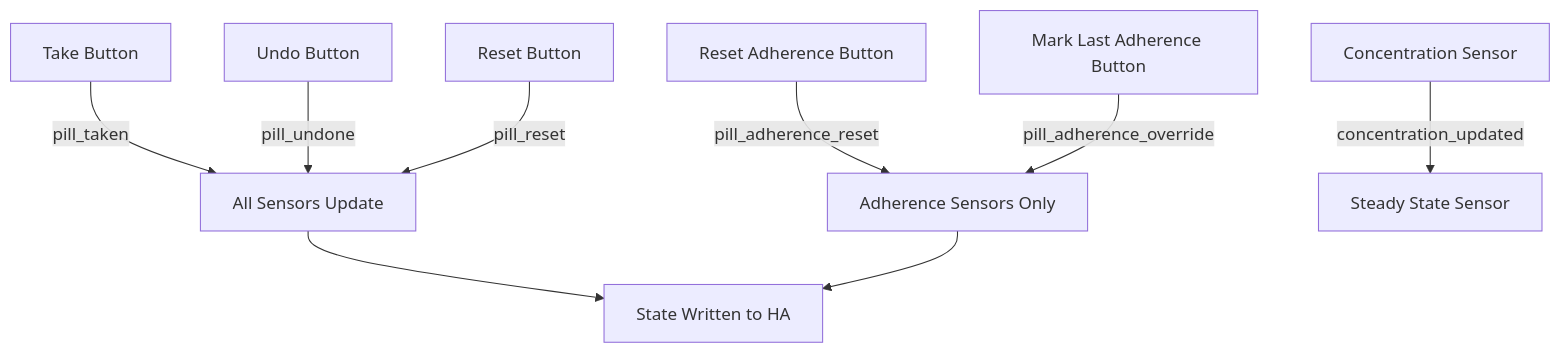
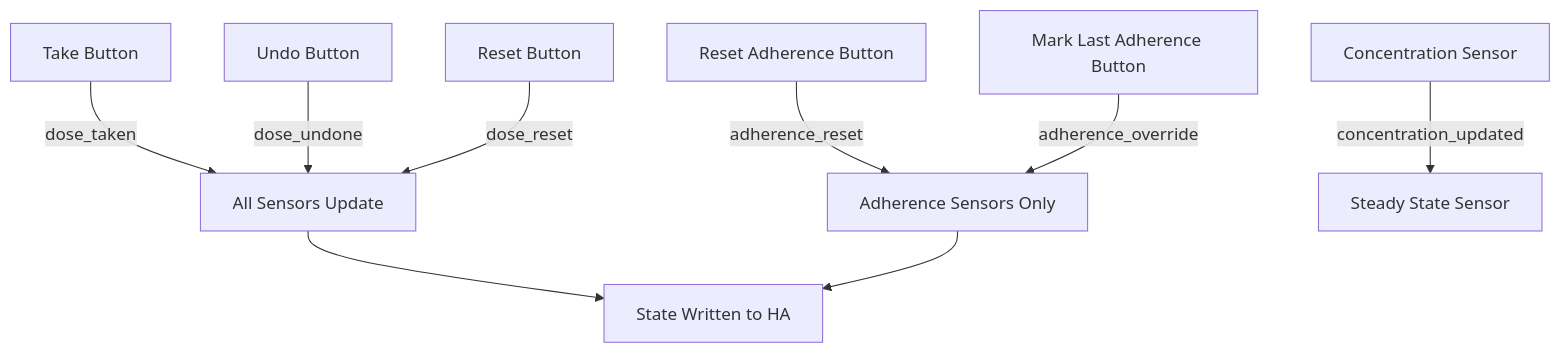
The diagram in README.md (Axildor/AX-Dose-Logger), drawn with Mermaid before and after one commit. The commit also changed other lines of this file and 38 other files, not shown here.

First line of the commit message:
Refactor Pill Logger integration to AX Dose Logger

````diff
--- a/README.md
+++ b/README.md
@@ -595,11 +344,11 @@
 ```mermaid
 flowchart TD
-    A[Take Button] -->|pill_taken| B[All Sensors Update]
-    C[Undo Button] -->|pill_undone| B
-    D[Reset Button] -->|pill_reset| B
-    H[Reset Adherence Button] -->|pill_adherence_reset| I[Adherence Sensors Only]
-    J[Mark Last Adherence Button] -->|pill_adherence_override| I
+    A[Take Button] -->|dose_taken| B[All Sensors Update]
+    C[Undo Button] -->|dose_undone| B
+    D[Reset Button] -->|dose_reset| B
+    H[Reset Adherence Button] -->|adherence_reset| I[Adherence Sensors Only]
+    J[Mark Last Adherence Button] -->|adherence_override| I
     E[Concentration Sensor] -->|concentration_updated| F[Steady State Sensor]
     B --> G[State Written to HA]
     I --> G
 ```
````
